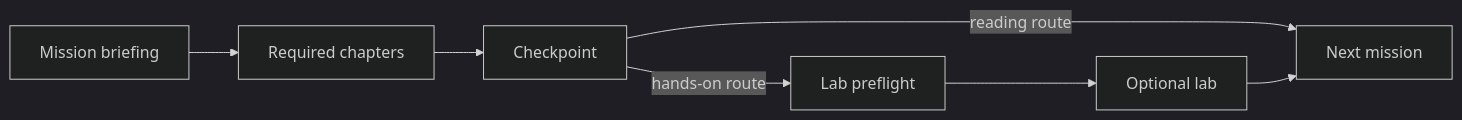
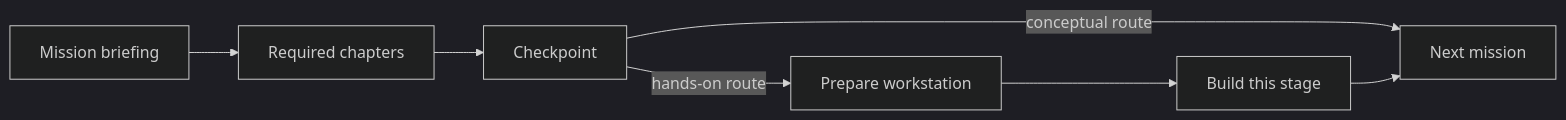
One commit to darshan-raul/apollo11-docs changed the diagram in docs/start/how-to-use-this-course.md. Above: the diagram before and after it, drawn with Mermaid (dark theme). The commit also changed other lines of this file and 21 other files, not shown here.

````diff
--- a/docs/start/how-to-use-this-course.md
+++ b/docs/start/how-to-use-this-course.md
@@ -38,9 +33,9 @@
 ```mermaid
 flowchart LR
   B[Mission briefing] --> C[Required chapters]
   C --> Q[Checkpoint]
-  Q -->|reading route| N[Next mission]
-  Q -->|hands-on route| S[Lab preflight]
-  S --> L[Optional lab]
+  Q -->|conceptual route| N[Next mission]
+  Q -->|hands-on route| S[Prepare workstation]
+  S --> L[Build this stage]
   L --> N
 ```
````
